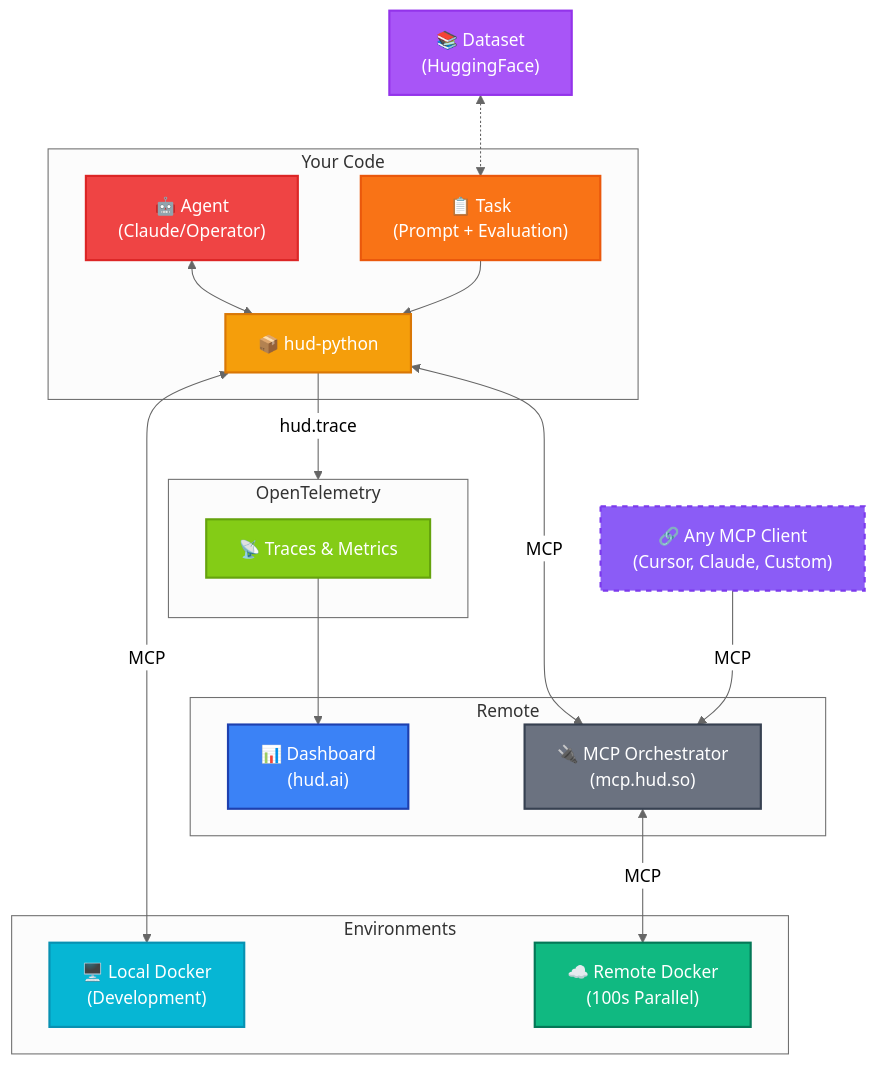
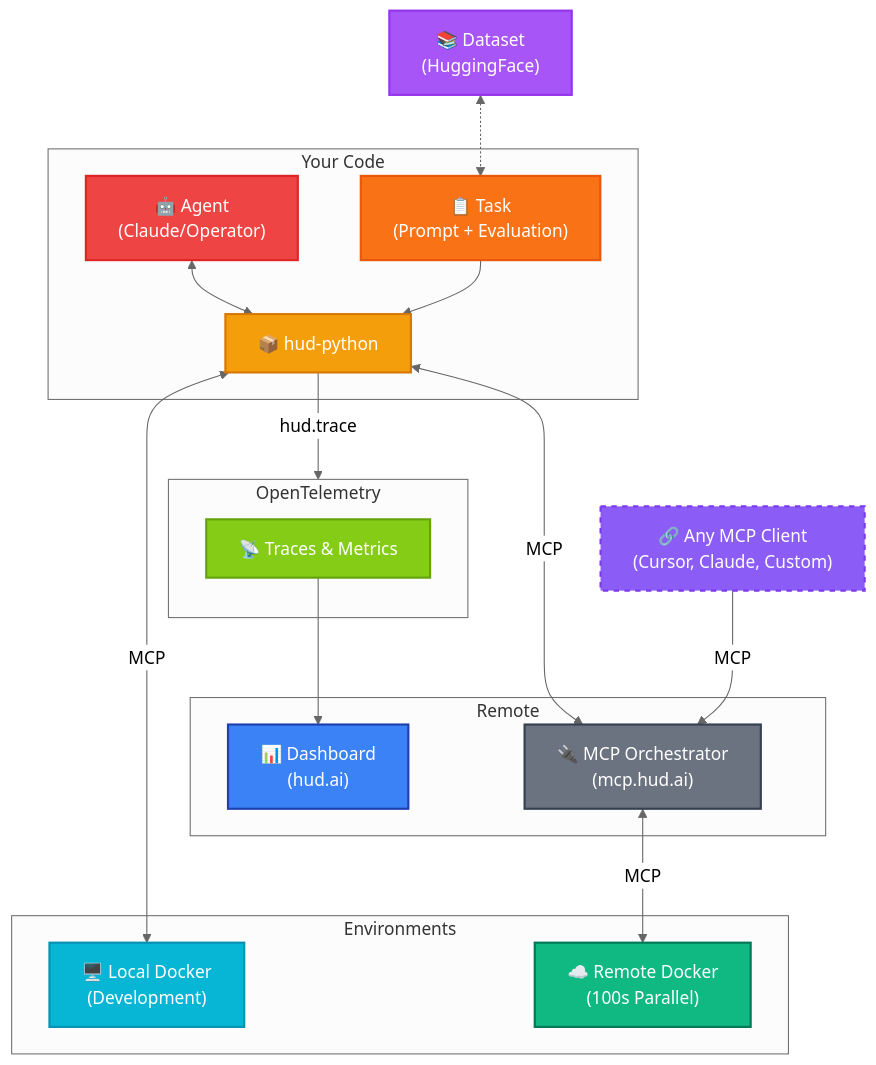
Before and after one commit to hud-evals/hud-python: the diagram in docs/core-concepts/architecture.mdx, drawn with Mermaid (neutral theme). The commit also changed other lines of this file and 40 other files, not shown here.

````diff
--- a/docs/core-concepts/architecture.mdx
+++ b/docs/core-concepts/architecture.mdx
@@ -11,48 +11,48 @@
 ```mermaid
 graph TB
     subgraph "Remote"
         Dashboard["📊 Dashboard<br/>(hud.ai)"]
-        API["🔌 MCP Orchestrator<br/>(mcp.hud.so)"]
+        API["🔌 MCP Orchestrator<br/>(mcp.hud.ai)"]
     end
     
     subgraph Code["Your Code"]
         Agent["🤖 Agent<br/>(Claude/Operator)"]
         Task["📋 Task<br/>(Prompt + Evaluation)"]
         SDK["📦 hud-python"]
     end
     
     subgraph "Environments"
         LocalEnv["🖥️ Local Docker<br/>(Development)"]
         RemoteEnv["☁️ Remote Docker<br/>(100s Parallel)"]
     end
     
     subgraph "OpenTelemetry"
         Trace["📡 Traces & Metrics"]
     end
     
     Dataset["📚 Dataset<br/>(HuggingFace)"]
     
     AnyMCP["🔗 Any MCP Client<br/>(Cursor, Claude, Custom)"]
     
     Agent <--> SDK
     Task --> SDK
     Dataset <-.-> Task
     SDK <-->|"MCP"| LocalEnv
     SDK <-->|"MCP"| API
     API  <-->|"MCP"| RemoteEnv
     SDK  -->|"hud.trace"| OpenTelemetry
     Trace --> Dashboard
     AnyMCP -->|"MCP"| API
     
     style Dashboard fill:#3b82f6,stroke:#1e40af,stroke-width:2px,color:#ffffff
     style API fill:#6b7280,stroke:#374151,stroke-width:2px,color:#ffffff
     style Agent fill:#ef4444,stroke:#dc2626,stroke-width:2px,color:#ffffff
     style Task fill:#f97316,stroke:#ea580c,stroke-width:2px,color:#ffffff
     style SDK fill:#f59e0b,stroke:#d97706,stroke-width:2px,color:#ffffff
     style LocalEnv fill:#06b6d4,stroke:#0891b2,stroke-width:2px,color:#ffffff
     style RemoteEnv fill:#10b981,stroke:#047857,stroke-width:2px,color:#ffffff
     style Trace fill:#84cc16,stroke:#65a30d,stroke-width:2px,color:#ffffff
     style Dataset fill:#a855f7,stroke:#9333ea,stroke-width:2px,color:#ffffff
     style AnyMCP fill:#8b5cf6,stroke:#7c3aed,stroke-width:2px,color:#ffffff,stroke-dasharray: 5 5
   
 ```
````
